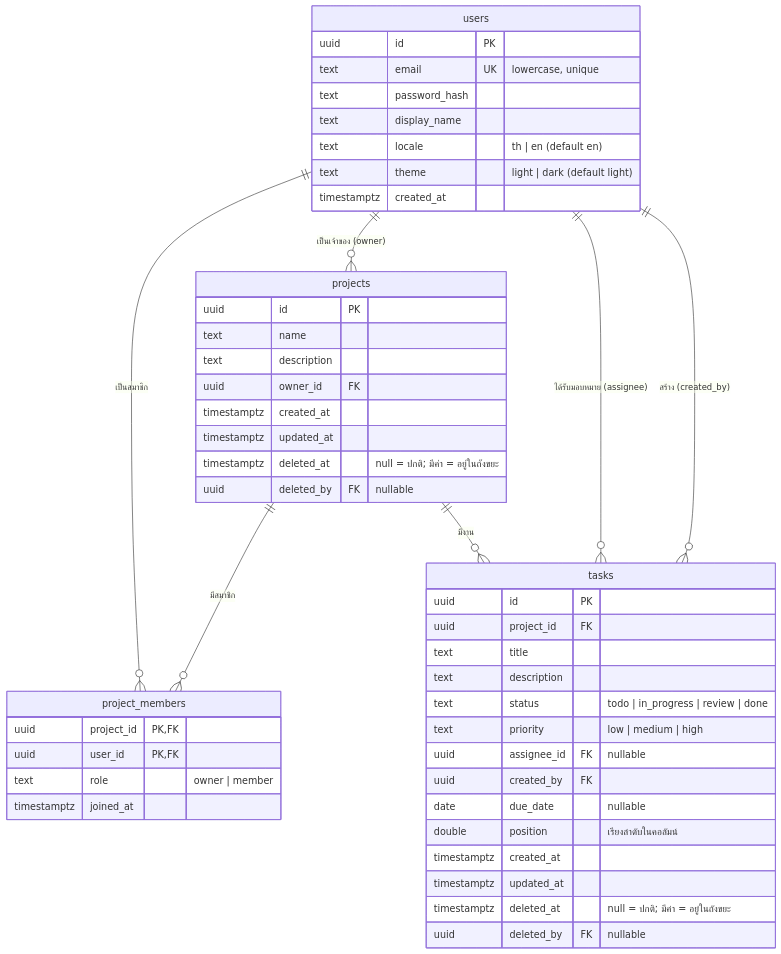
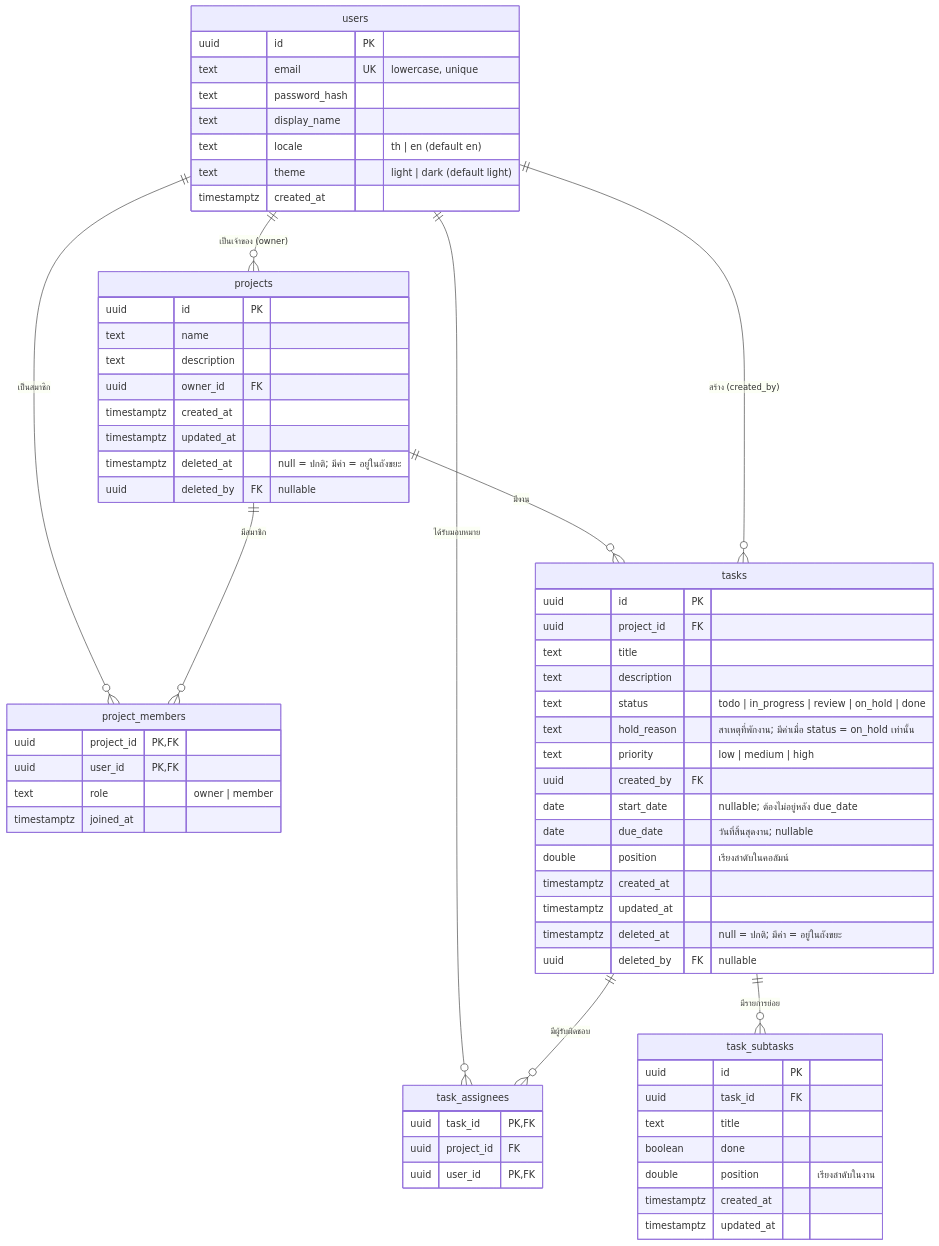
Before and after one commit to Yose1001/01s-taskflow: the diagram in docs/02-er-diagram.md, drawn with Mermaid. The commit also changed other lines of this file and 84 other files, not shown here.

````diff
--- a/docs/02-er-diagram.md
+++ b/docs/02-er-diagram.md
@@ -3,51 +3,68 @@
 ```mermaid
 erDiagram
     users ||--o{ project_members : "เป็นสมาชิก"
     projects ||--o{ project_members : "มีสมาชิก"
     projects ||--o{ tasks : "มีงาน"
-    users ||--o{ tasks : "ได้รับมอบหมาย (assignee)"
+    users ||--o{ task_assignees : "ได้รับมอบหมาย"
+    tasks ||--o{ task_assignees : "มีผู้รับผิดชอบ"
+    tasks ||--o{ task_subtasks : "มีรายการย่อย"
     users ||--o{ tasks : "สร้าง (created_by)"
     users ||--o{ projects : "เป็นเจ้าของ (owner)"
 
     users {
         uuid id PK
         text email UK "lowercase, unique"
         text password_hash
         text display_name
         text locale "th | en (default en)"
         text theme "light | dark (default light)"
         timestamptz created_at
     }
     projects {
         uuid id PK
         text name
         text description
         uuid owner_id FK
         timestamptz created_at
         timestamptz updated_at
         timestamptz deleted_at "null = ปกติ; มีค่า = อยู่ในถังขยะ"
         uuid deleted_by FK "nullable"
     }
     project_members {
         uuid project_id PK, FK
         uuid user_id PK, FK
         text role "owner | member"
         timestamptz joined_at
     }
     tasks {
         uuid id PK
         uuid project_id FK
         text title
         text description
-        text status "todo | in_progress | review | done"
+        text status "todo | in_progress | review | on_hold | done"
+        text hold_reason "สาเหตุที่พักงาน; มีค่าเมื่อ status = on_hold เท่านั้น"
         text priority "low | medium | high"
-        uuid assignee_id FK "nullable"
         uuid created_by FK
-        date due_date "nullable"
+        date start_date "nullable; ต้องไม่อยู่หลัง due_date"
+        date due_date "วันที่สิ้นสุดงาน; nullable"
         double position "เรียงลำดับในคอลัมน์"
         timestamptz created_at
         timestamptz updated_at
         timestamptz deleted_at "null = ปกติ; มีค่า = อยู่ในถังขยะ"
         uuid deleted_by FK "nullable"
     }
+    task_assignees {
+        uuid task_id PK, FK
+        uuid project_id FK
+        uuid user_id PK, FK
+    }
+    task_subtasks {
+        uuid id PK
+        uuid task_id FK
+        text title
+        boolean done
+        double position "เรียงลำดับในงาน"
+        timestamptz created_at
+        timestamptz updated_at
+    }
 ```
````
